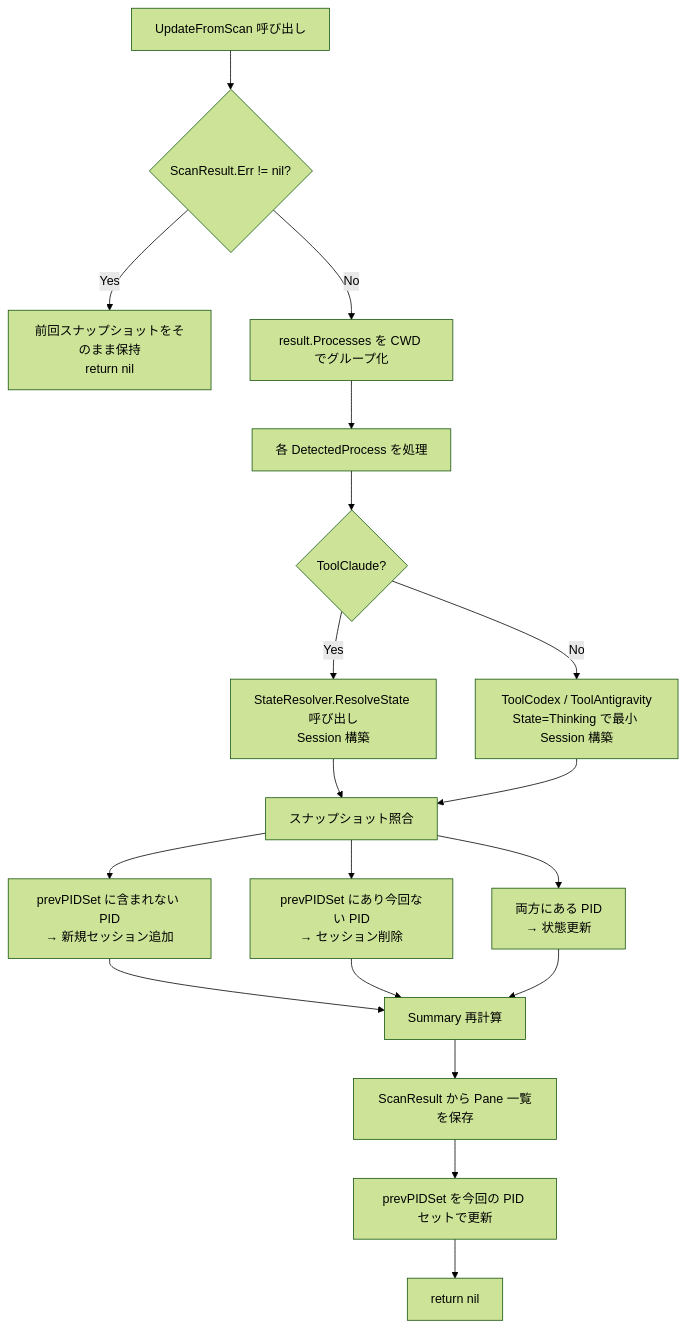
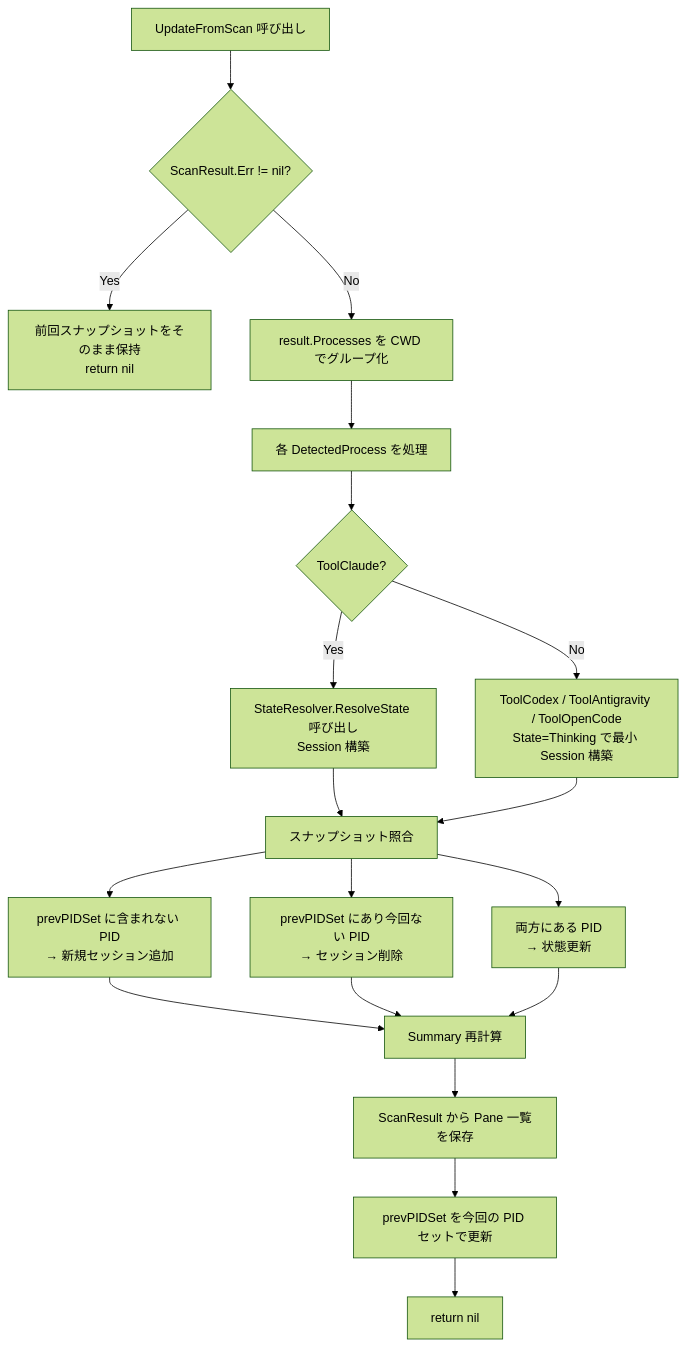
Before and after one commit to yoshihiko555/baton: the diagram in docs/design/detailed/state-manager.md, drawn with Mermaid (forest theme). The commit also changed other lines of this file and 17 other files, not shown here.

First line of the commit message:
feat: OpenCode セッションの検出を追加 (#39)

````diff
--- a/docs/design/detailed/state-manager.md
+++ b/docs/design/detailed/state-manager.md
@@ -122,21 +122,21 @@
 ```mermaid
 flowchart TD
     A[UpdateFromScan 呼び出し] --> B{ScanResult.Err != nil?}
     B -- Yes --> C[前回スナップショットをそのまま保持\nreturn nil]
     B -- No --> D[result.Processes を CWD でグループ化]
     D --> E[各 DetectedProcess を処理]
     E --> F{ToolClaude?}
     F -- Yes --> G[StateResolver.ResolveState 呼び出し\nSession 構築]
-    F -- No --> H[ToolCodex / ToolAntigravity\nState=Thinking で最小 Session 構築]
+    F -- No --> H[ToolCodex / ToolAntigravity / ToolOpenCode\nState=Thinking で最小 Session 構築]
     G --> I[スナップショット照合]
     H --> I
     I --> J[prevPIDSet に含まれない PID\n→ 新規セッション追加]
     I --> K[prevPIDSet にあり今回ない PID\n→ セッション削除]
     I --> L[両方にある PID\n→ 状態更新]
     J --> M[Summary 再計算]
     K --> M
     L --> M
     M --> N[ScanResult から Pane 一覧を保存]
     N --> O[prevPIDSet を今回の PID セットで更新]
     O --> P[return nil]
 ```
````
